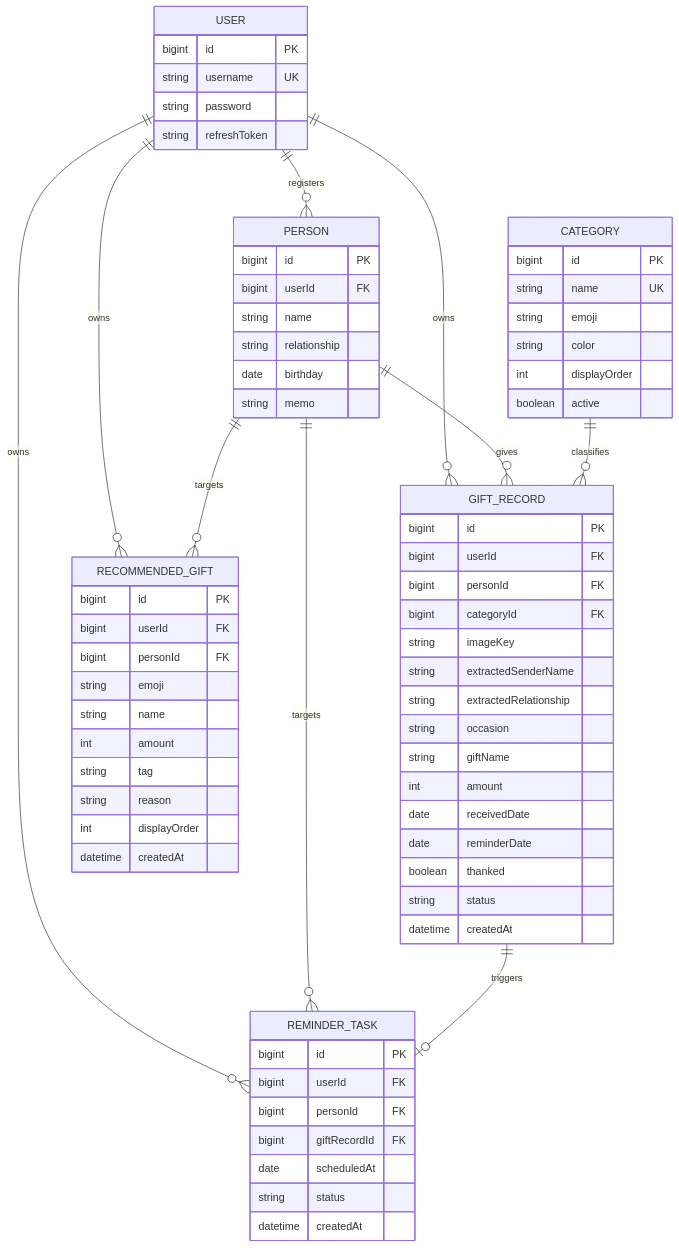
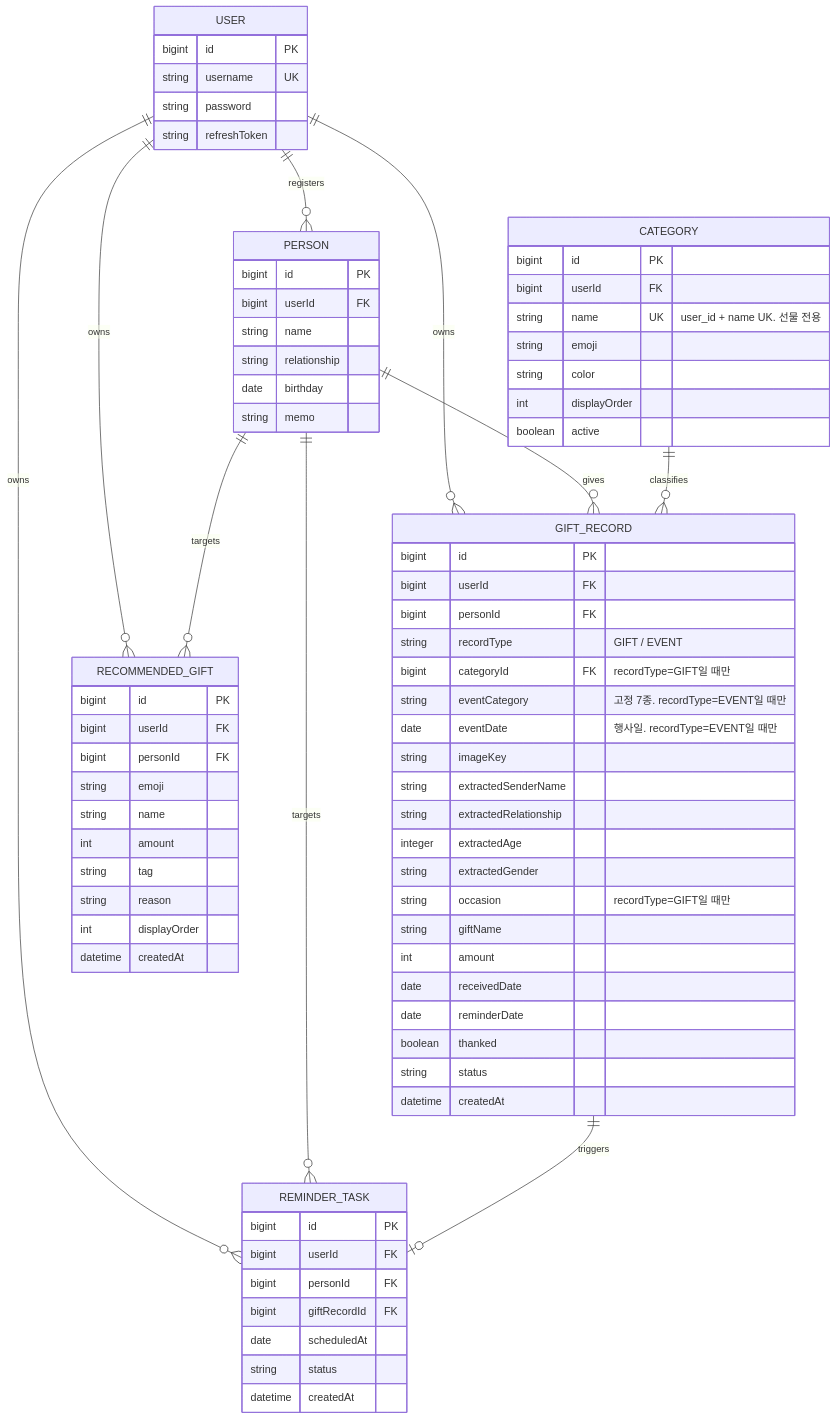
The diagram in BACKEND_PLAN.md (KTB-AI-Hackerton-19/BE), drawn with Mermaid before and after one commit. The commit also changed other lines of this file and 26 other files, not shown here.

Commit message:
category gift, event 분리

```diff
--- a/BACKEND_PLAN.md
+++ b/BACKEND_PLAN.md
@@ -158,7 +169,8 @@
 
     CATEGORY {
         bigint id PK
-        string name UK
+        bigint userId FK
+        string name UK "user_id + name UK. 선물 전용"
         string emoji
         string color
         int displayOrder
@@ -169,11 +181,16 @@
         bigint id PK
         bigint userId FK
         bigint personId FK
-        bigint categoryId FK
+        string recordType "GIFT / EVENT"
+        bigint categoryId FK "recordType=GIFT일 때만"
+        string eventCategory "고정 7종. recordType=EVENT일 때만"
+        date eventDate "행사일. recordType=EVENT일 때만"
         string imageKey
         string extractedSenderName
         string extractedRelationship
-        string occasion
+        integer extractedAge
+        string extractedGender
+        string occasion "recordType=GIFT일 때만"
         string giftName
         int amount
         date receivedDate
```
